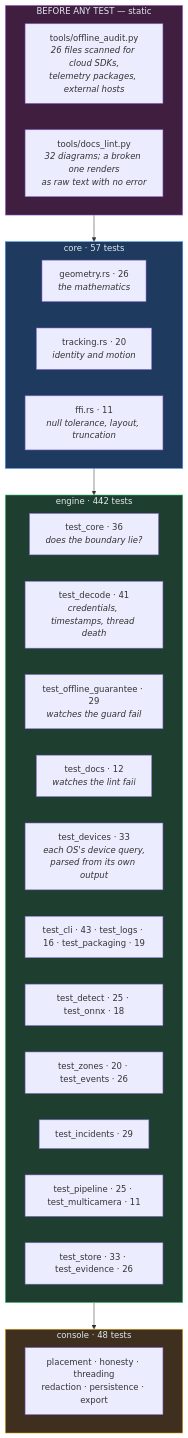
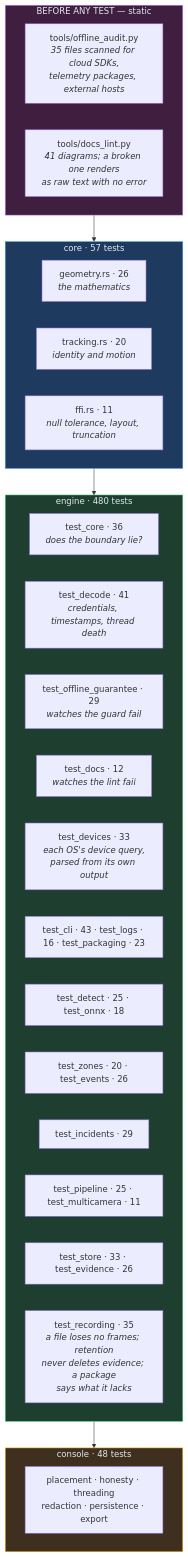
Diagram 15 of 17 in docs/OVERVIEW.md (haidar-farhat/V.I.G.I.L._Vision_Intelligence_and_Geospatial_ncident_Layer), drawn with Mermaid before and after one commit. The commit also changed other lines of this file and 8 other files, not shown here.

````diff
--- a/docs/OVERVIEW.md
+++ b/docs/OVERVIEW.md
@@ -562,35 +562,36 @@
 ```mermaid
 flowchart TB
     subgraph gate["BEFORE ANY TEST — static"]
-        AU["tools/offline_audit.py<br/><i>26 files scanned for cloud SDKs,<br/>telemetry packages, external hosts</i>"]
-        DL["tools/docs_lint.py<br/><i>32 diagrams; a broken one renders<br/>as raw text with no error</i>"]
+        AU["tools/offline_audit.py<br/><i>35 files scanned for cloud SDKs,<br/>telemetry packages, external hosts</i>"]
+        DL["tools/docs_lint.py<br/><i>41 diagrams; a broken one renders<br/>as raw text with no error</i>"]
     end
     subgraph rust["core · 57 tests"]
         G["geometry.rs · 26<br/><i>the mathematics</i>"]
         T["tracking.rs · 20<br/><i>identity and motion</i>"]
         F["ffi.rs · 11<br/><i>null tolerance, layout, truncation</i>"]
     end
-    subgraph eng["engine · 442 tests"]
+    subgraph eng["engine · 480 tests"]
         C["test_core · 36<br/><i>does the boundary lie?</i>"]
         DE["test_decode · 41<br/><i>credentials, timestamps, thread death</i>"]
         OG["test_offline_guarantee · 29<br/><i>watches the guard fail</i>"]
         DC["test_docs · 12<br/><i>watches the lint fail</i>"]
         DV["test_devices · 33<br/><i>each OS's device query,<br/>parsed from its own output</i>"]
-        CL["test_cli · 43 · test_logs · 16 · test_packaging · 19"]
+        CL["test_cli · 43 · test_logs · 16 · test_packaging · 23"]
         DT["test_detect · 25 · test_onnx · 18"]
         Z["test_zones · 20 · test_events · 26"]
         IN["test_incidents · 29"]
         P["test_pipeline · 25 · test_multicamera · 11"]
         ST["test_store · 33 · test_evidence · 26"]
+        RE["test_recording · 35<br/><i>a file loses no frames; retention<br/>never deletes evidence; a package<br/>says what it lacks</i>"]
     end
     subgraph con["console · 48 tests"]
         CO["placement · honesty · threading<br/>redaction · persistence · export"]
     end
 
     gate --> rust --> eng --> con
 
     style gate fill:#3f1e3f,stroke:#c084fc,color:#e2e8f0
     style rust fill:#1e3a5f,stroke:#4a9eff,color:#e2e8f0
     style eng fill:#1e3f2f,stroke:#4ade80,color:#e2e8f0
     style con fill:#3f2f1e,stroke:#fbbf24,color:#e2e8f0
 ```
````
